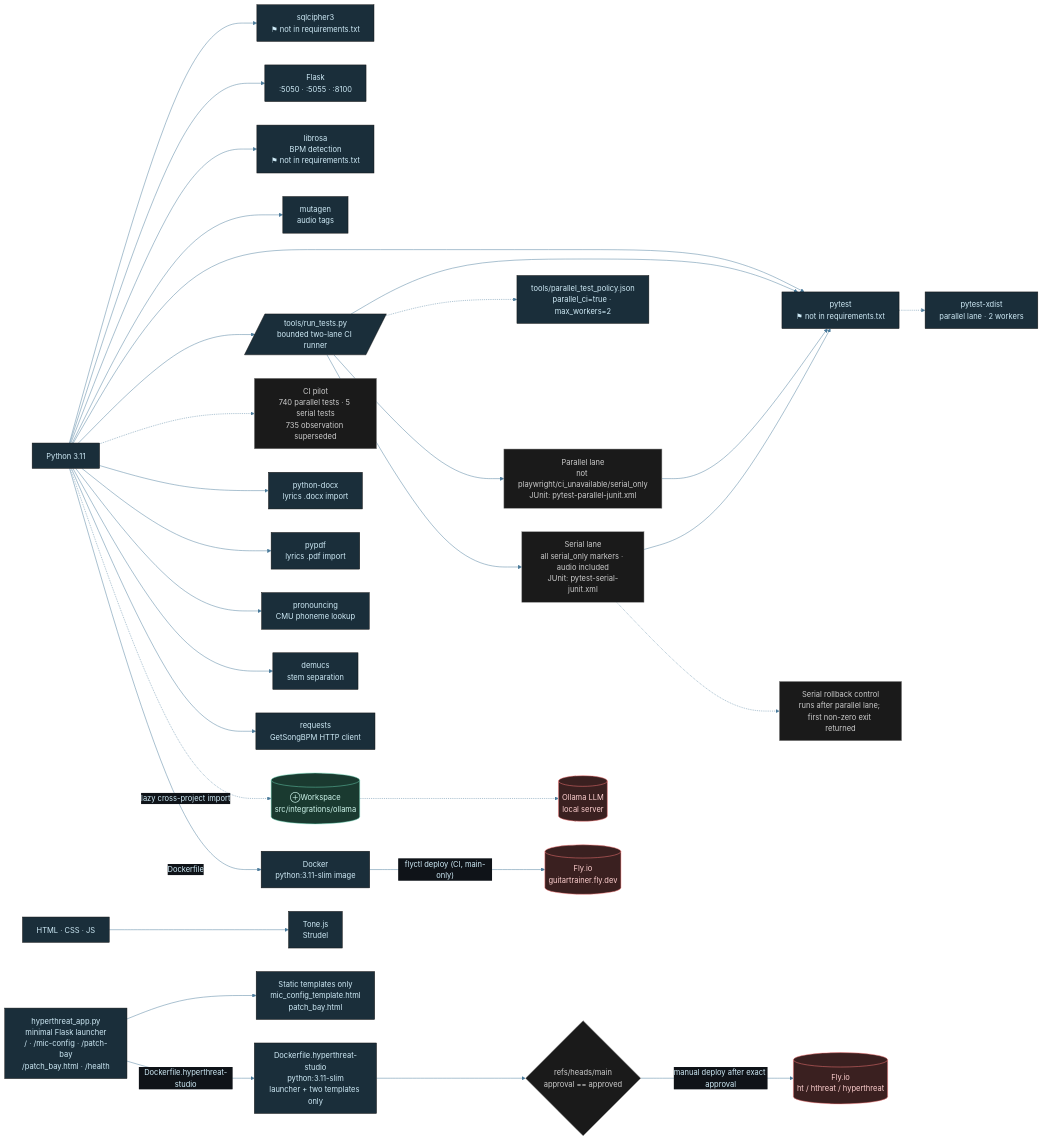
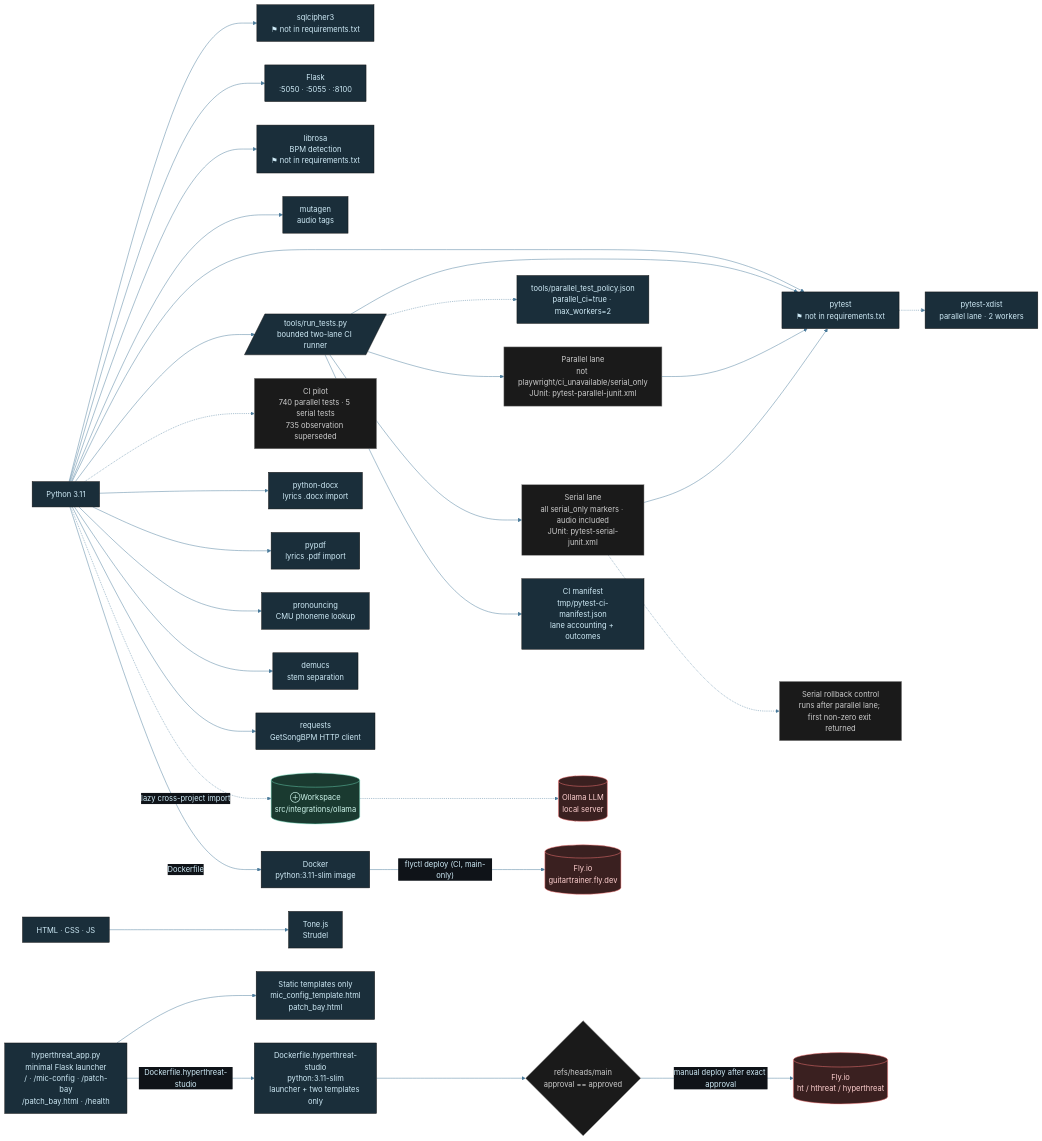
One commit to tylerdrakemusic/Music changed the diagram in diagrams/music-tech-stack.mmd. Above: the diagram before and after it, drawn with Mermaid. The commit also changed 5 other files, not shown here.

```diff
--- a/diagrams/music-tech-stack.mmd
+++ b/diagrams/music-tech-stack.mmd
@@ -1,52 +1,53 @@
 %%{init: {'theme': 'base', 'themeVariables': {'primaryColor': '#1a2e3a', 'primaryTextColor': '#d0ecf8', 'edgeLabelBackground': '#0f1318', 'lineColor': '#4a7a9a'}}}%%
 graph LR
     Python[Python 3.11] --> SQLCipher["sqlcipher3<br/>⚑ not in requirements.txt"]
     Python --> Flask[Flask<br/>:5050 · :5055 · :8100]
     Python --> Librosa["librosa<br/>BPM detection<br/>⚑ not in requirements.txt"]
     Python --> Mutagen[mutagen<br/>audio tags]
     Python --> Pytest["pytest<br/>⚑ not in requirements.txt"]
     Python --> TestRunner[/tools/run_tests.py<br/>bounded two-lane CI runner/]
     TestRunner --> Pytest
     TestRunner -.-> TestPolicy[tools/parallel_test_policy.json<br/>parallel_ci=true · max_workers=2]
     Pytest -.-> Xdist[pytest-xdist<br/>parallel lane · 2 workers]
     TestRunner --> ParallelLane["Parallel lane<br/>not playwright/ci_unavailable/serial_only<br/>JUnit: pytest-parallel-junit.xml"]
     TestRunner --> SerialLane["Serial lane<br/>all serial_only markers · audio included<br/>JUnit: pytest-serial-junit.xml"]
+    TestRunner --> Manifest["CI manifest<br/>tmp/pytest-ci-manifest.json<br/>lane accounting + outcomes"]
     ParallelLane --> Pytest
     SerialLane --> Pytest
     SerialLane -.-> SerialControl["Serial rollback control<br/>runs after parallel lane; first non-zero exit returned"]
     Python -.-> ParallelEvidence["CI pilot<br/>740 parallel tests · 5 serial tests<br/>735 observation superseded"]
     Python --> PythonDocx["python-docx<br/>lyrics .docx import"]
     Python --> Pypdf["pypdf<br/>lyrics .pdf import"]
     Python --> Pronouncing["pronouncing<br/>CMU phoneme lookup"]
     Python --> Demucs["demucs<br/>stem separation"]
     Python --> Requests[requests<br/>GetSongBPM HTTP client]
     Web[HTML · CSS · JS] --> Tone[Tone.js<br/>Strudel]
     Python -.->|lazy cross-project import| WSOllama[(⊕Workspace<br/>src/integrations/ollama)]
     WSOllama -.-> Ollama[(Ollama LLM<br/>local server)]
     Python -->|Dockerfile| Docker[Docker<br/>python:3.11-slim image] -->|"flyctl deploy (CI, main-only)"| FlyIO[(Fly.io<br/>guitartrainer.fly.dev)]
     HyperthreatLauncher["hyperthreat_app.py<br/>minimal Flask launcher<br/>/ · /mic-config · /patch-bay<br/>/patch_bay.html · /health"]
     HyperthreatTemplates["Static templates only<br/>mic_config_template.html<br/>patch_bay.html"]
     HyperthreatDocker["Dockerfile.hyperthreat-studio<br/>python:3.11-slim<br/>launcher + two templates only"]
     HyperthreatGate{"refs/heads/main<br/>approval == approved"}
     HyperthreatFly[(Fly.io<br/>ht / hthreat / hyperthreat)]
     HyperthreatLauncher --> HyperthreatTemplates
     HyperthreatLauncher -->|"Dockerfile.hyperthreat-studio"| HyperthreatDocker
     HyperthreatDocker --> HyperthreatGate
     HyperthreatGate -->|"manual deploy after exact approval"| HyperthreatFly
     class Python,Web lang
     class SQLCipher,Flask,Librosa,Mutagen,Pytest,TestRunner,TestPolicy,Xdist,Tone,PythonDocx,Pypdf,Pronouncing,Demucs,Requests lib
     class ParallelLane,SerialLane,SerialControl,ParallelEvidence state
     class WSOllama ws
     class Ollama,FlyIO,HyperthreatFly ext
     class HyperthreatLauncher,HyperthreatTemplates,HyperthreatDocker svc
     class HyperthreatGate state
 
 classDef life     fill:#1a2e3a,stroke:#6ab4d4,color:#d0ecf8
 classDef music    fill:#3a1a24,stroke:#d47a8f,color:#f8d0dc
 classDef quantum  fill:#251a3a,stroke:#a07adf,color:#e8d0f8
 classDef manifest fill:#3a2e1a,stroke:#d4a96a,color:#f8ead0
 classDef ws       fill:#1a3a30,stroke:#6ad4b4,color:#d0f8ee
 classDef tyler    fill:#2a1a3a,stroke:#9e4aff,color:#fff
 classDef ext      fill:#3a2020,stroke:#ff7a7a,color:#ffd0d0
 classDef db       fill:#3a3010,stroke:#d4c050,color:#f8f0c0
 classDef state    fill:#1a1a1a,stroke:#888888,color:#cccccc
```
